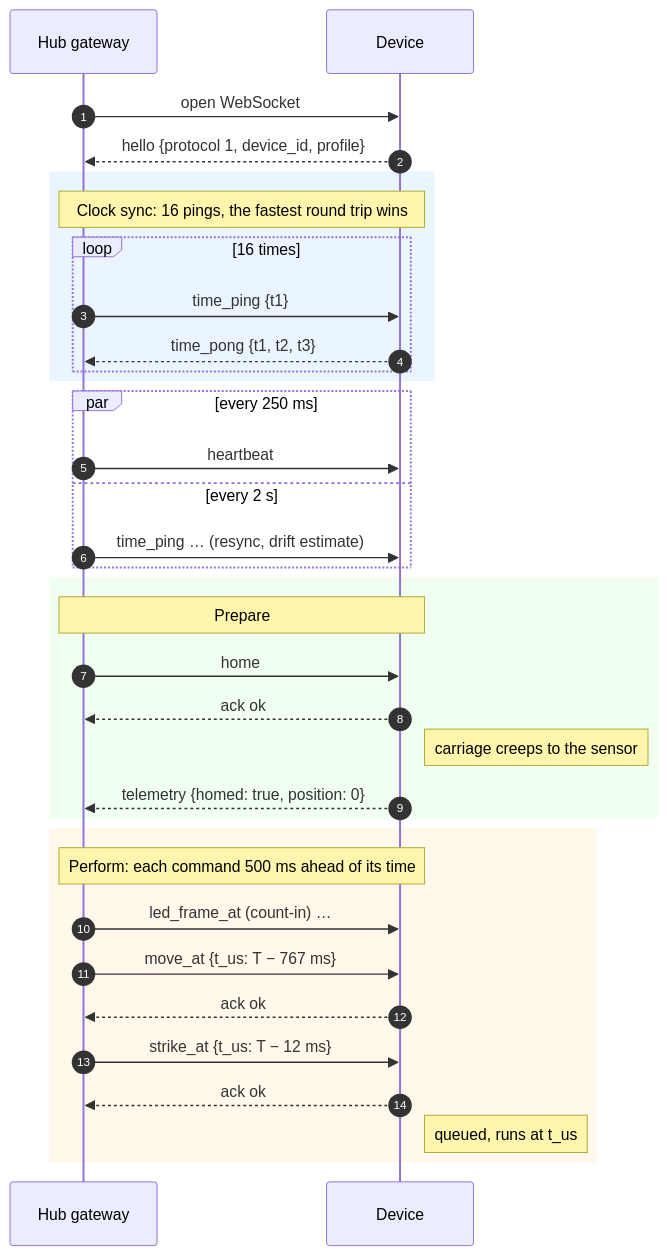
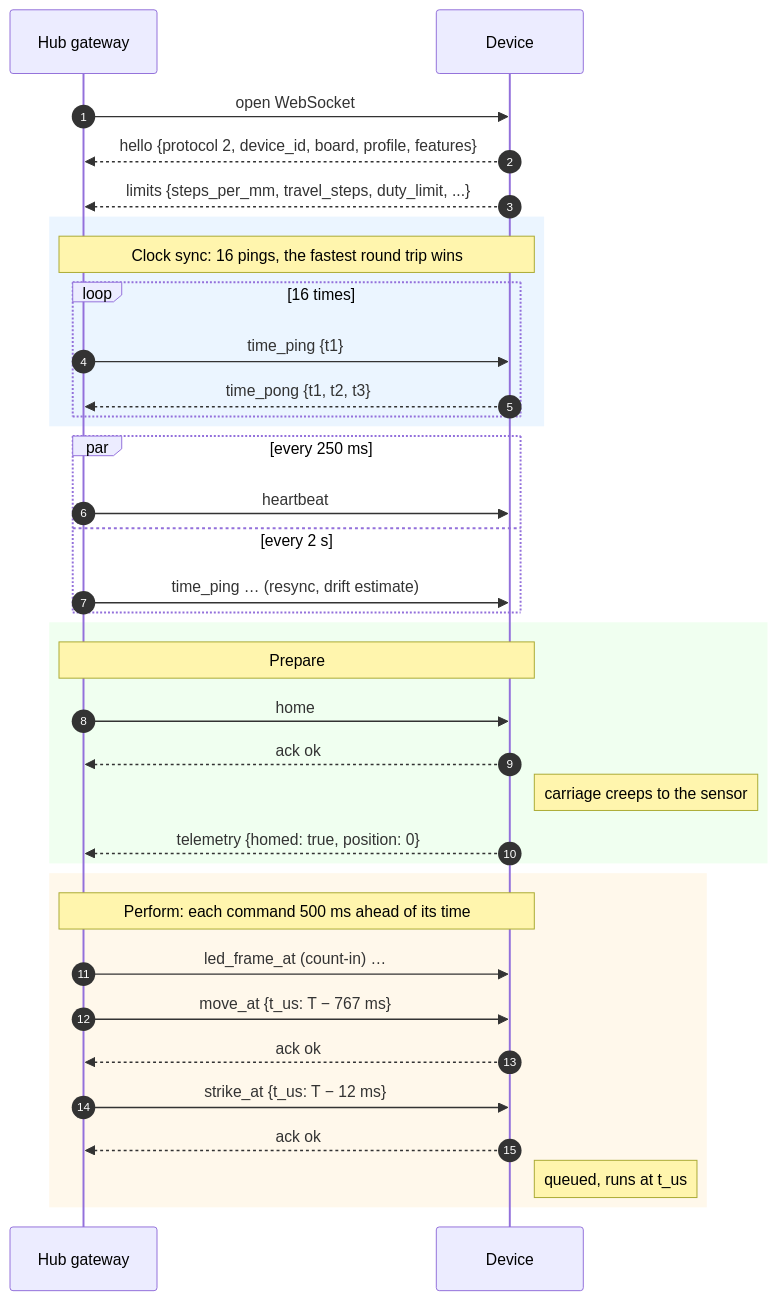
The second of 6 diagrams in docs/device-protocol.md (gilrvrv-design/Duet), drawn with Mermaid before and after one commit. The commit also changed other lines of this file and 33 other files, not shown here.

First line of the commit message:
Boards as a layer: each board declares its pins and features

````diff
--- a/docs/device-protocol.md
+++ b/docs/device-protocol.md
@@ -130,41 +133,42 @@
 ```mermaid
 sequenceDiagram
     autonumber
     participant H as Hub gateway
     participant D as Device
 
     H->>D: open WebSocket
-    D-->>H: hello {protocol 1, device_id, profile}
+    D-->>H: hello {protocol 2, device_id, board, profile, features}
+    D-->>H: limits {steps_per_mm, travel_steps, duty_limit, ...}
 
     rect rgb(235, 245, 255)
     Note over H,D: Clock sync: 16 pings, the fastest round trip wins
     loop 16 times
         H->>D: time_ping {t1}
         D-->>H: time_pong {t1, t2, t3}
     end
     end
 
     par every 250 ms
         H->>D: heartbeat
     and every 2 s
         H->>D: time_ping … (resync, drift estimate)
     end
 
     rect rgb(240, 255, 240)
     Note over H,D: Prepare
     H->>D: home
     D-->>H: ack ok
     Note right of D: carriage creeps to the sensor
     D-->>H: telemetry {homed: true, position: 0}
     end
 
     rect rgb(255, 248, 235)
     Note over H,D: Perform: each command 500 ms ahead of its time
     H->>D: led_frame_at (count-in) …
     H->>D: move_at {t_us: T − 767 ms}
     D-->>H: ack ok
     H->>D: strike_at {t_us: T − 12 ms}
     D-->>H: ack ok
     Note right of D: queued, runs at t_us
     end
 ```
````
